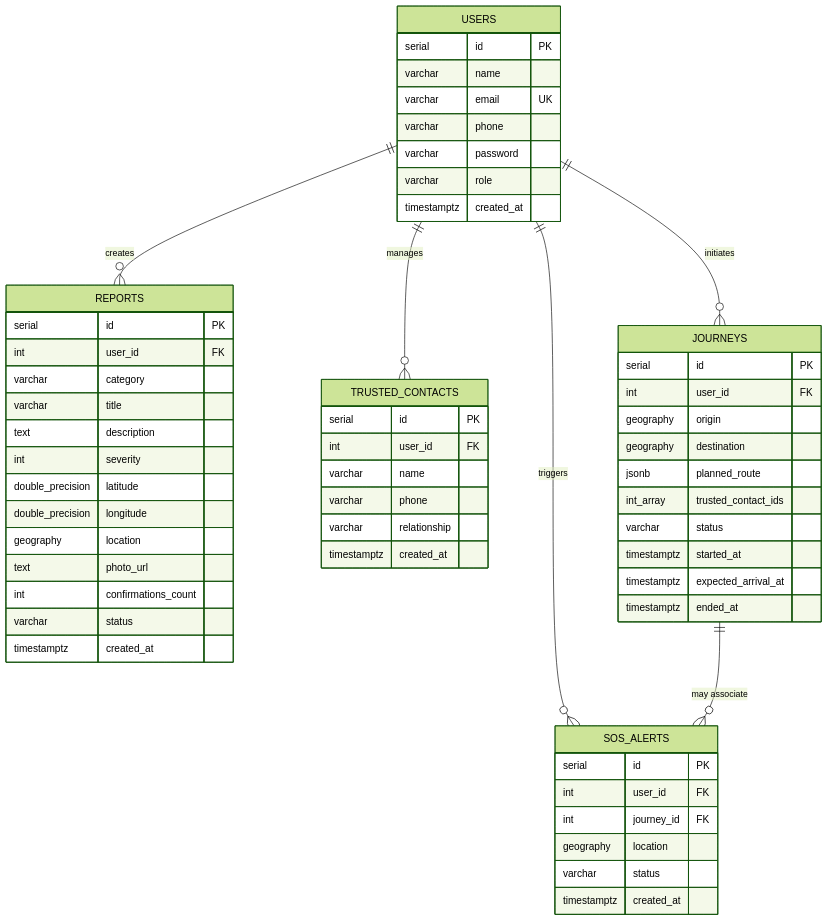
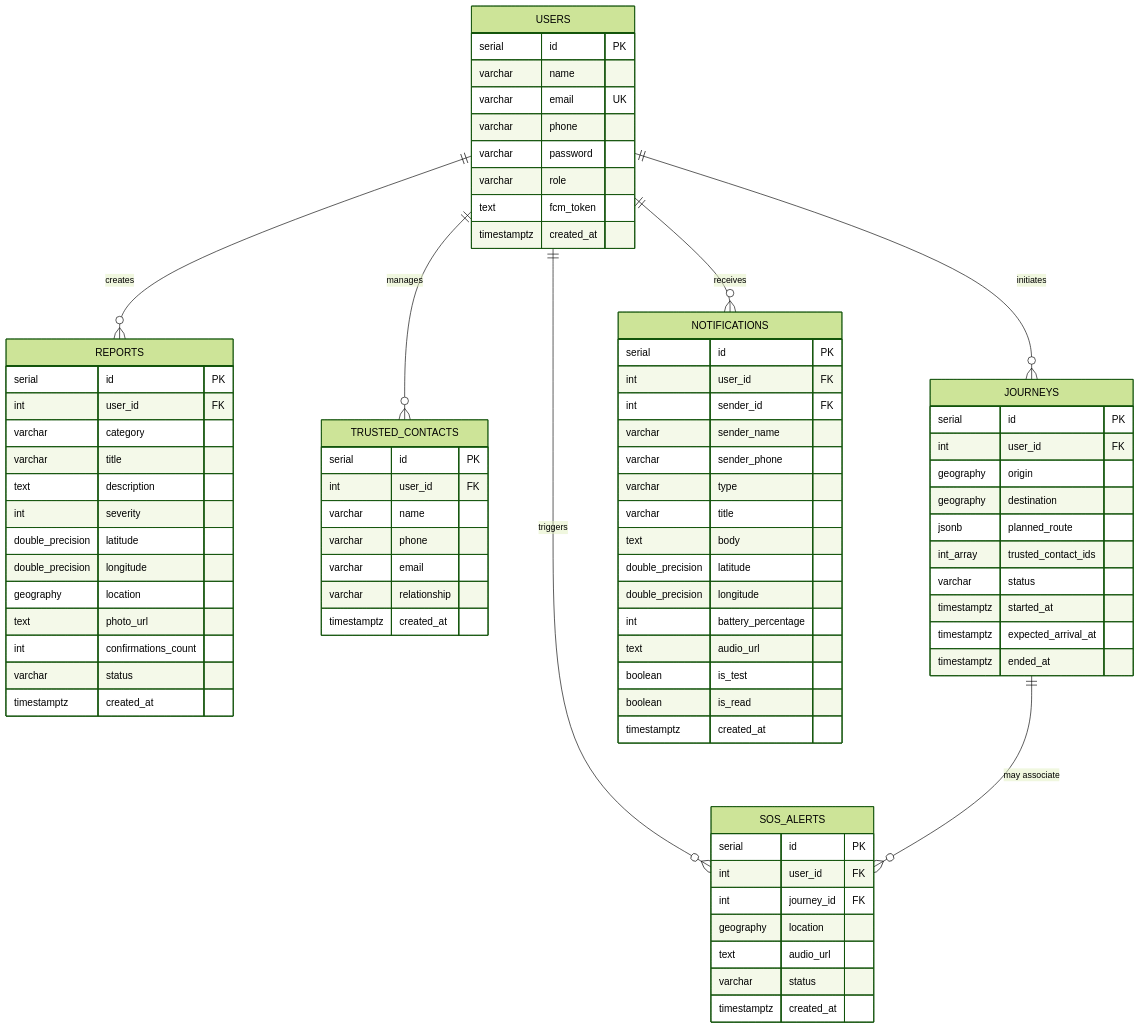
Before and after one commit to safora-safety/Safora: the diagram in docs/database.md, drawn with Mermaid (forest theme). The commit also changed other lines of this file and 29 other files, not shown here.

````diff
--- a/docs/database.md
+++ b/docs/database.md
@@ -21,6 +21,7 @@
     USERS ||--o{ TRUSTED_CONTACTS : manages
     USERS ||--o{ JOURNEYS : initiates
     USERS ||--o{ SOS_ALERTS : triggers
+    USERS ||--o{ NOTIFICATIONS : receives
     JOURNEYS ||--o{ SOS_ALERTS : "may associate"
 
     USERS {
@@ -30,6 +31,7 @@
         varchar phone
         varchar password
         varchar role
+        text fcm_token
         timestamptz created_at
     }
 
@@ -54,6 +56,7 @@
         int user_id FK
         varchar name
         varchar phone
+        varchar email
         varchar relationship
         timestamptz created_at
     }
@@ -76,7 +79,26 @@
         int user_id FK
         int journey_id FK
         geography location
+        text audio_url
         varchar status
         timestamptz created_at
     }
+
+    NOTIFICATIONS {
+        serial id PK
+        int user_id FK
+        int sender_id FK
+        varchar sender_name
+        varchar sender_phone
+        varchar type
+        varchar title
+        text body
+        double_precision latitude
+        double_precision longitude
+        int battery_percentage
+        text audio_url
+        boolean is_test
+        boolean is_read
+        timestamptz created_at
+    }
 ```
````
